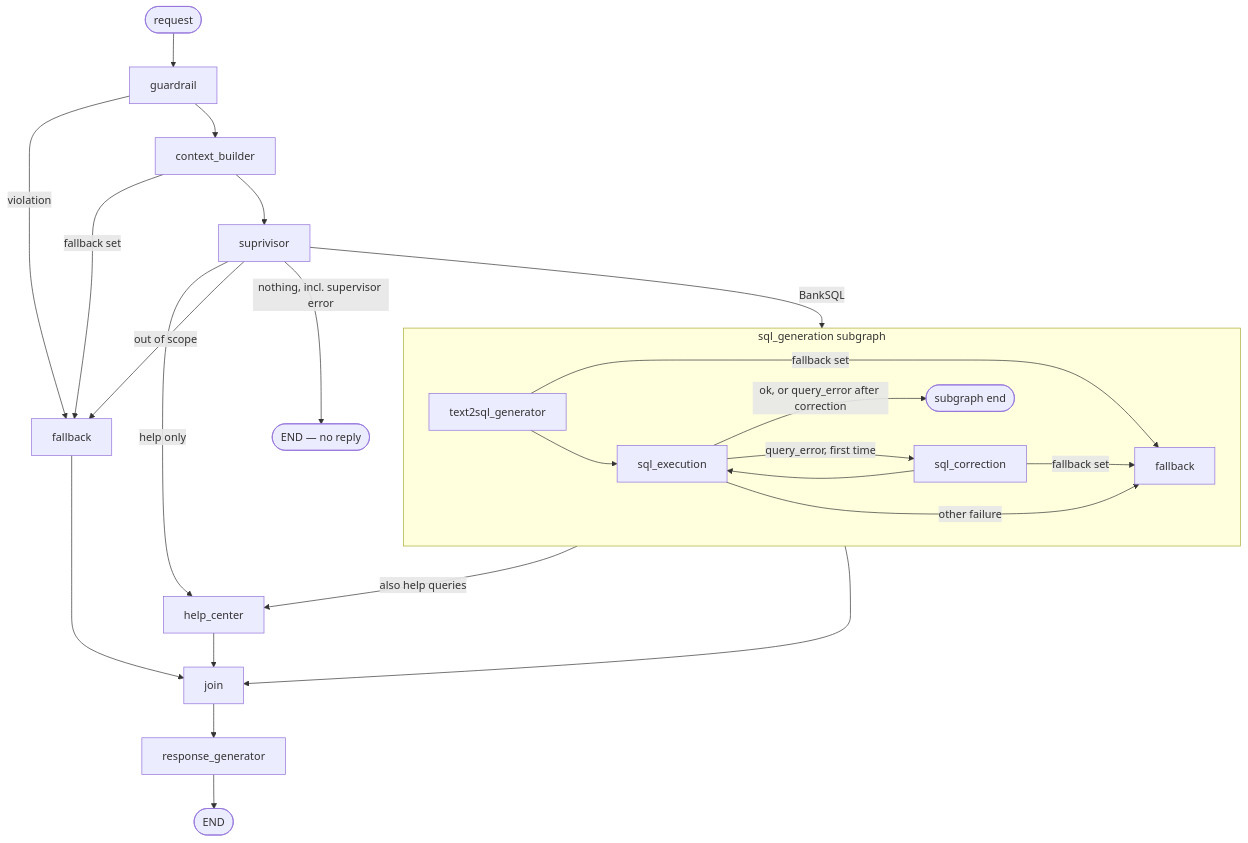
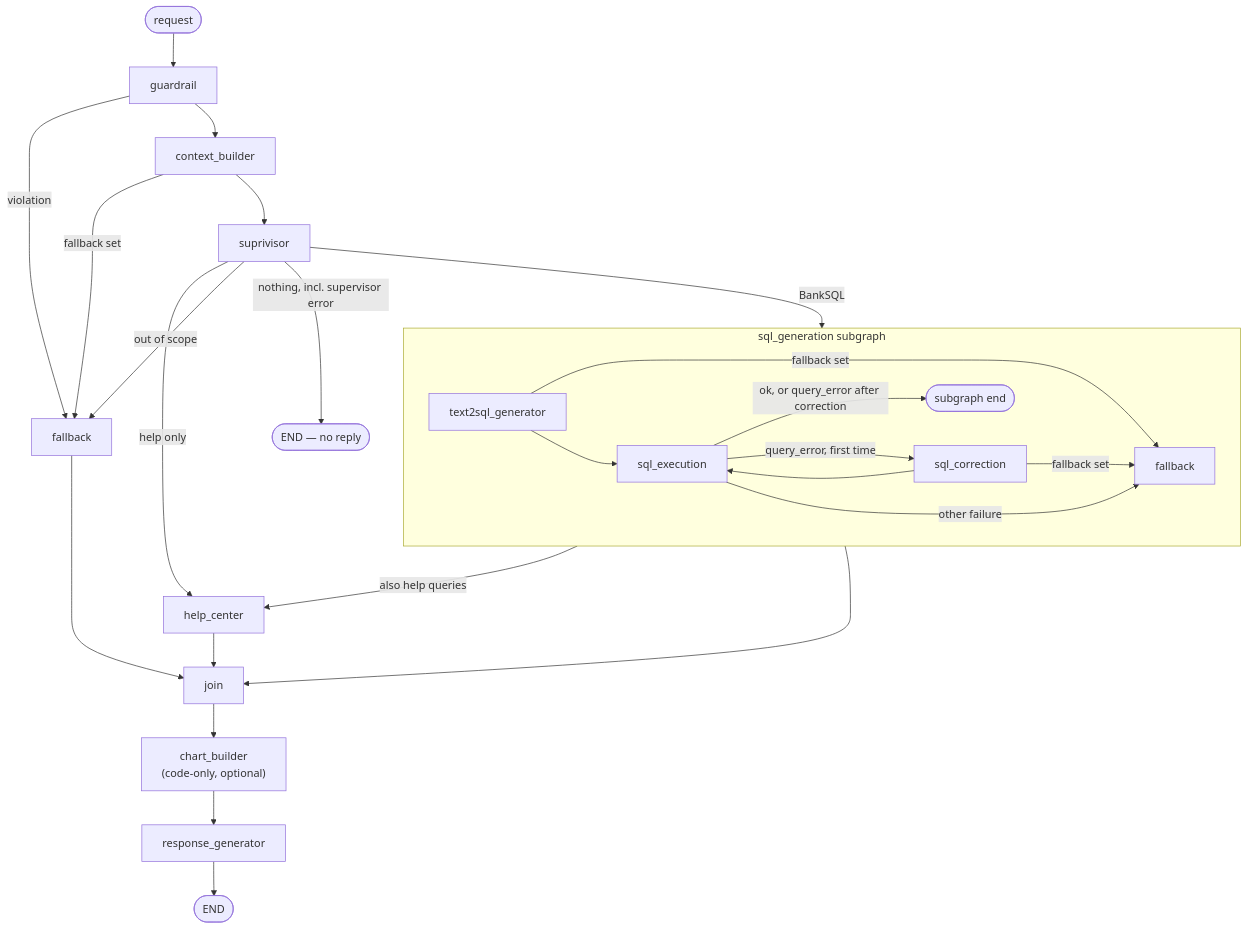
Before and after one commit to AbhishekLohit/Agentic_BChabot: the second of 5 diagrams in _bmad-output/planning-artifacts/architecture/architecture-Agentic_BChatbot-2026-11-22/ARCHITECTURE-SPINE.md, drawn with Mermaid. The commit also changed other lines of this file and 8 other files, not shown here.

First line of the commit message:
Extend architecture spine for Transaction Charts with BMAD

````diff
--- a/_bmad-output/planning-artifacts/architecture/architecture-Agentic_BChatbot-2026-11-22/ARCHITECTURE-SPINE.md
+++ b/_bmad-output/planning-artifacts/architecture/architecture-Agentic_BChatbot-2026-11-22/ARCHITECTURE-SPINE.md
@@ -263,26 +449,27 @@
 ```mermaid
 flowchart TD
     START([request]) --> G[guardrail]
     G -->|violation| FB[fallback]
     G --> CB[context_builder]
     CB -->|fallback set| FB
     CB --> SUP[suprivisor]
     SUP -->|BankSQL| SQL
     SUP -->|help only| HC[help_center]
     SUP -->|out of scope| FB
     SUP -->|nothing, incl. supervisor error| END1([END — no reply])
     subgraph SQL["sql_generation subgraph"]
         T2S[text2sql_generator] --> EX[sql_execution]
         T2S -->|fallback set| SFB[fallback]
         EX -->|query_error, first time| COR[sql_correction]
         COR --> EX
         COR -->|fallback set| SFB
         EX -->|other failure| SFB
         EX -->|ok, or query_error after correction| SEND([subgraph end])
     end
     SQL -->|also help queries| HC
     SQL --> J[join]
     HC --> J
     FB --> J
-    J --> RG[response_generator] --> END2([END])
+    J --> CH["chart_builder<br/>(code-only, optional)"]
+    CH --> RG[response_generator] --> END2([END])
 ```
````
